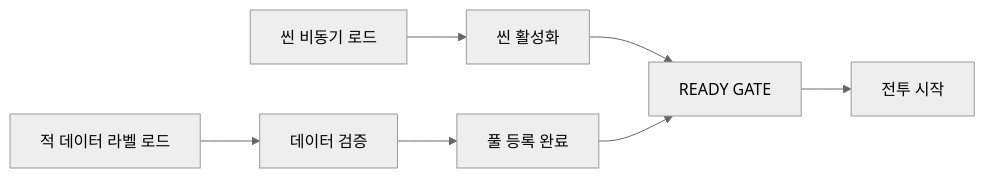
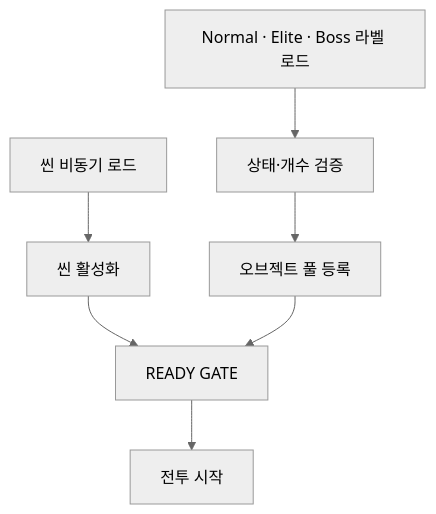
One commit to oppa073-hub/Animal-Ball-Fighter-Portfolio changed the sixth of 11 diagrams in README.md. Above: the diagram before and after it, drawn with Mermaid (neutral theme). The commit also changed other lines of this file and 782 other files, not shown here.

````diff
--- a/README.md
+++ b/README.md
@@ -143,11 +253,9 @@
 ```mermaid
-flowchart LR
-    S1[씬 비동기 로드] --> S2[씬 활성화]
-    S2 --> G[READY GATE]
-
-    D1[적 데이터 라벨 로드] --> D2[데이터 검증]
-    D2 --> D3[풀 등록 완료]
-    D3 --> G
-
-    G --> B[전투 시작]
+flowchart TD
+    A[씬 비동기 로드] --> B[씬 활성화]
+    C[Normal · Elite · Boss 라벨 로드] --> D[상태·개수 검증]
+    D --> E[오브젝트 풀 등록]
+    B --> F[READY GATE]
+    E --> F
+    F --> G[전투 시작]
 ```
````
